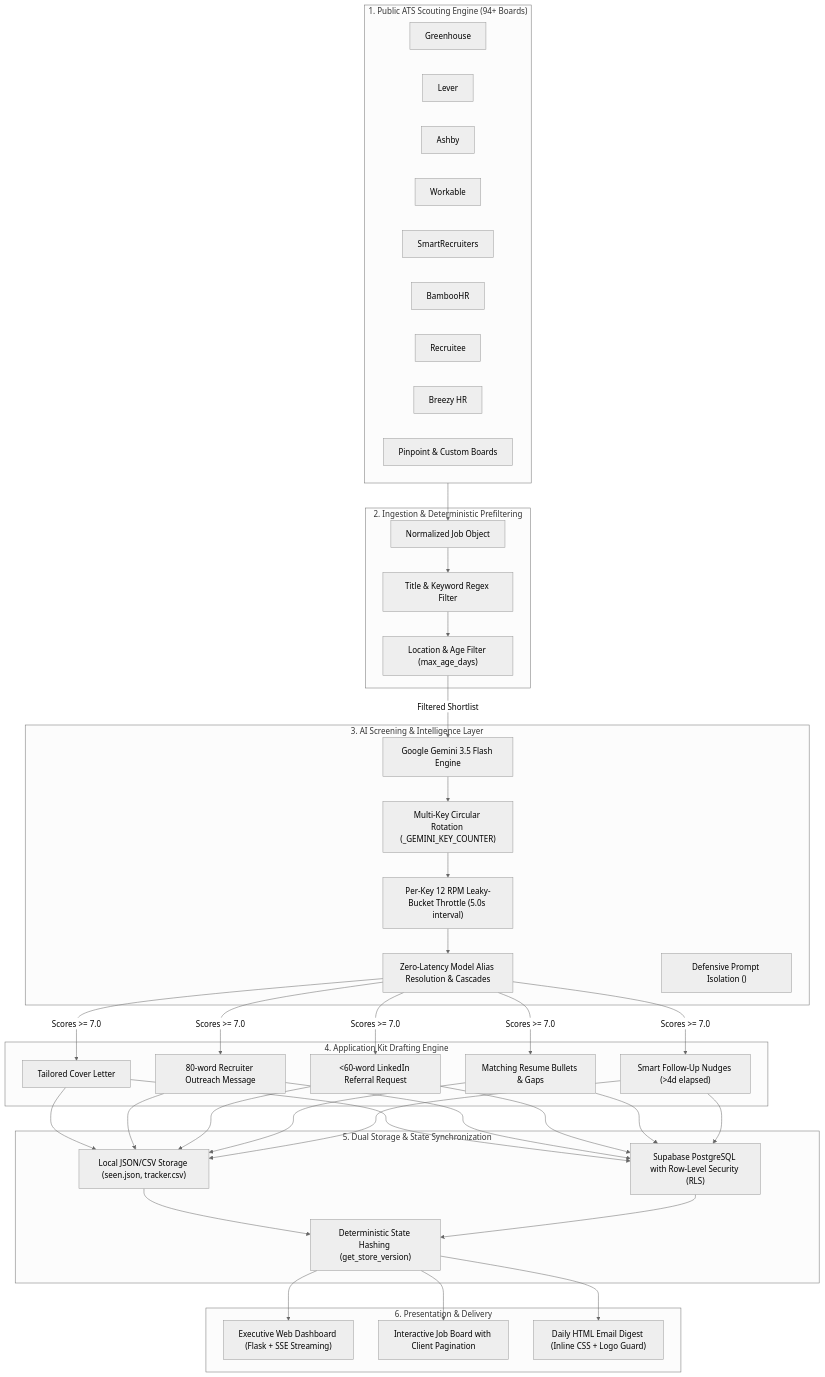
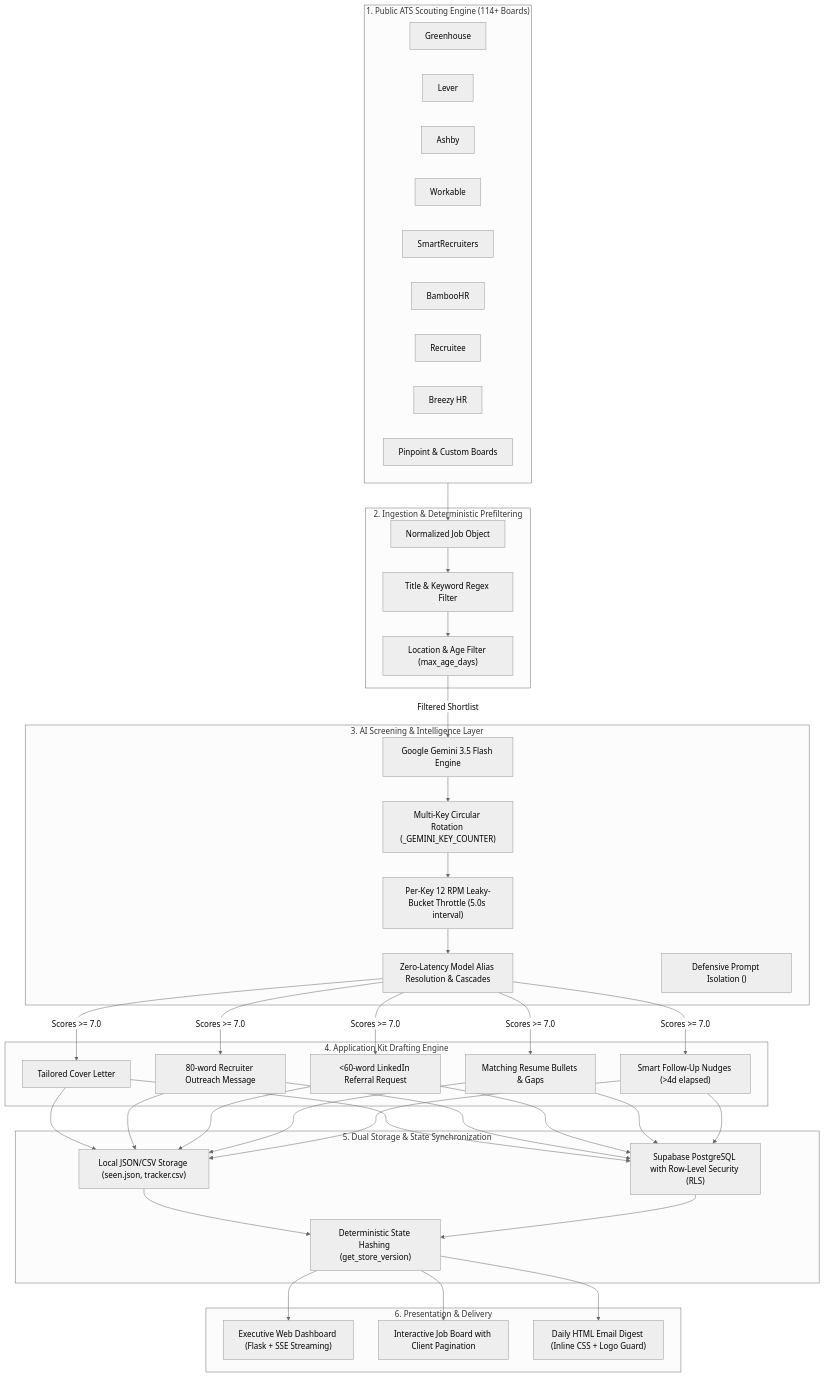
The diagram in docs/ARCHITECTURE.md (tanish-jain-225/job-hunter), drawn with Mermaid (neutral theme) before and after one commit. The commit also changed other lines of this file and 29 other files, not shown here.

Commit message:
chore(release): v1.0.6 — India-First career intelligence, 114 verified ATS boards, resilience hardening, and full docs sync

````diff
--- a/docs/ARCHITECTURE.md
+++ b/docs/ARCHITECTURE.md
@@ -27,48 +27,48 @@
 ```mermaid
 flowchart TD
-    subgraph S1["1. Public ATS Scouting Engine (94+ Boards)"]
+    subgraph S1["1. Public ATS Scouting Engine (114+ Boards)"]
         A1["Greenhouse"] & A2["Lever"] & A3["Ashby"]
         A4["Workable"] & A5["SmartRecruiters"] & A6["BambooHR"]
         A7["Recruitee"] & A8["Breezy HR"] & A9["Pinpoint & Custom Boards"]
     end
 
     subgraph S2["2. Ingestion & Deterministic Prefiltering"]
         B1["Normalized Job Object"]
         B2["Title & Keyword Regex Filter"]
         B3["Location & Age Filter (max_age_days)"]
     end
 
     subgraph S3["3. AI Screening & Intelligence Layer"]
         C1["Google Gemini 3.5 Flash Engine"]
         C2["Multi-Key Circular Rotation (_GEMINI_KEY_COUNTER)"]
         C3["Per-Key 12 RPM Leaky-Bucket Throttle (5.0s interval)"]
         C4["Zero-Latency Model Alias Resolution & Cascades"]
         C5["Defensive Prompt Isolation (<untrusted_job_description>)"]
     end
 
     subgraph S4["4. Application Kit Drafting Engine"]
         D1["Tailored Cover Letter"]
         D2["80-word Recruiter Outreach Message"]
         D3["<60-word LinkedIn Referral Request"]
         D4["Matching Resume Bullets & Gaps"]
         D5["Smart Follow-Up Nudges (>4d elapsed)"]
     end
 
     subgraph S5["5. Dual Storage & State Synchronization"]
         E1["Local JSON/CSV Storage (seen.json, tracker.csv)"]
         E2["Supabase PostgreSQL with Row-Level Security (RLS)"]
         E3["Deterministic State Hashing (get_store_version)"]
     end
 
     subgraph S6["6. Presentation & Delivery"]
         F1["Executive Web Dashboard (Flask + SSE Streaming)"]
         F2["Interactive Job Board with Client Pagination"]
         F3["Daily HTML Email Digest (Inline CSS + Logo Guard)"]
     end
 
     S1 --> B1 --> B2 --> B3
     B3 -->|Filtered Shortlist| C1 --> C2 --> C3 --> C4
     C4 -->|Scores >= 7.0| D1 & D2 & D3 & D4 & D5
     D1 & D2 & D3 & D4 & D5 --> E1 & E2 --> E3
     E3 --> F1 & F2 & F3
 ```
````
